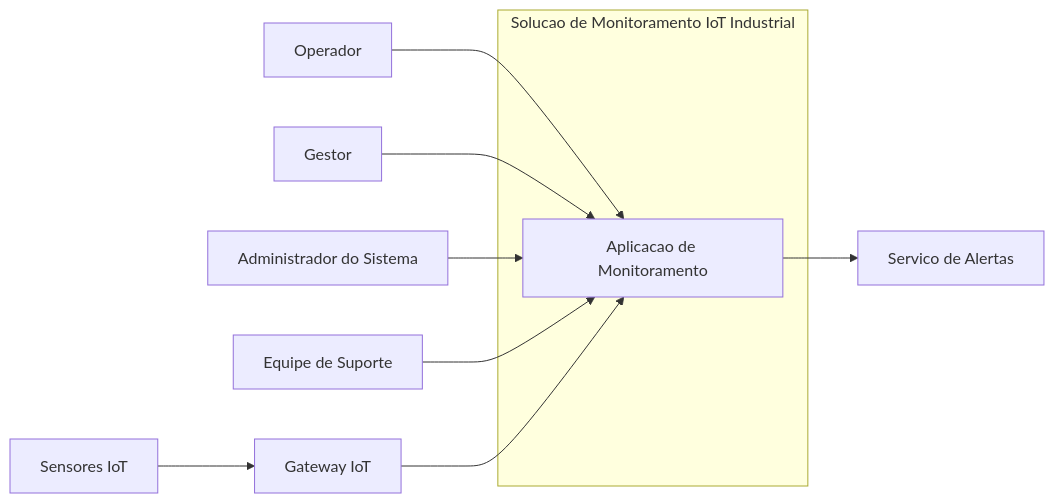
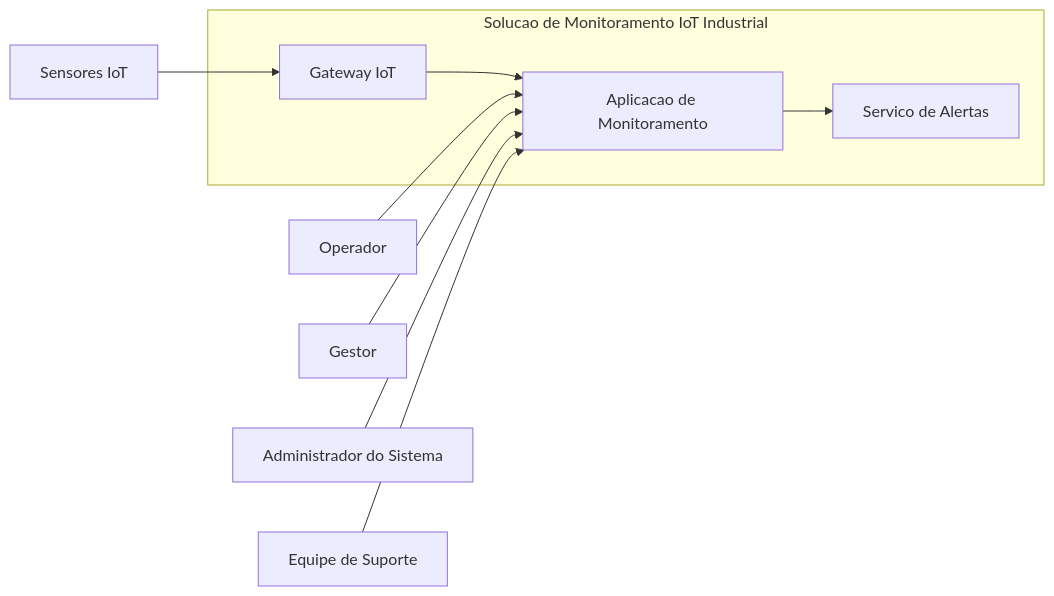
The diagram in diagrams/contexto.mmd (luanhideky/fatec-iso001-2026-2-squad-equipe10), drawn with Mermaid before and after one commit.

Commit message:
docs: corrige fronteira do diagrama de contexto

```diff
--- a/diagrams/contexto.mmd
+++ b/diagrams/contexto.mmd
@@ -1,23 +1,23 @@
 flowchart LR
 
     O[Operador]
     G[Gestor]
     A[Administrador do Sistema]
     S[Equipe de Suporte]
-
     SI[Sensores IoT]
-    GA[Gateway IoT]
-    AL[Servico de Alertas]
 
     subgraph SOL["Solucao de Monitoramento IoT Industrial"]
+        GA[Gateway IoT]
         APP[Aplicacao de Monitoramento]
+        AL[Servico de Alertas]
     end
+
+    SI --> GA
+    GA --> APP
 
     O --> APP
     G --> APP
     A --> APP
     S --> APP
 
-    SI --> GA
-    GA --> APP
     APP --> AL
```
